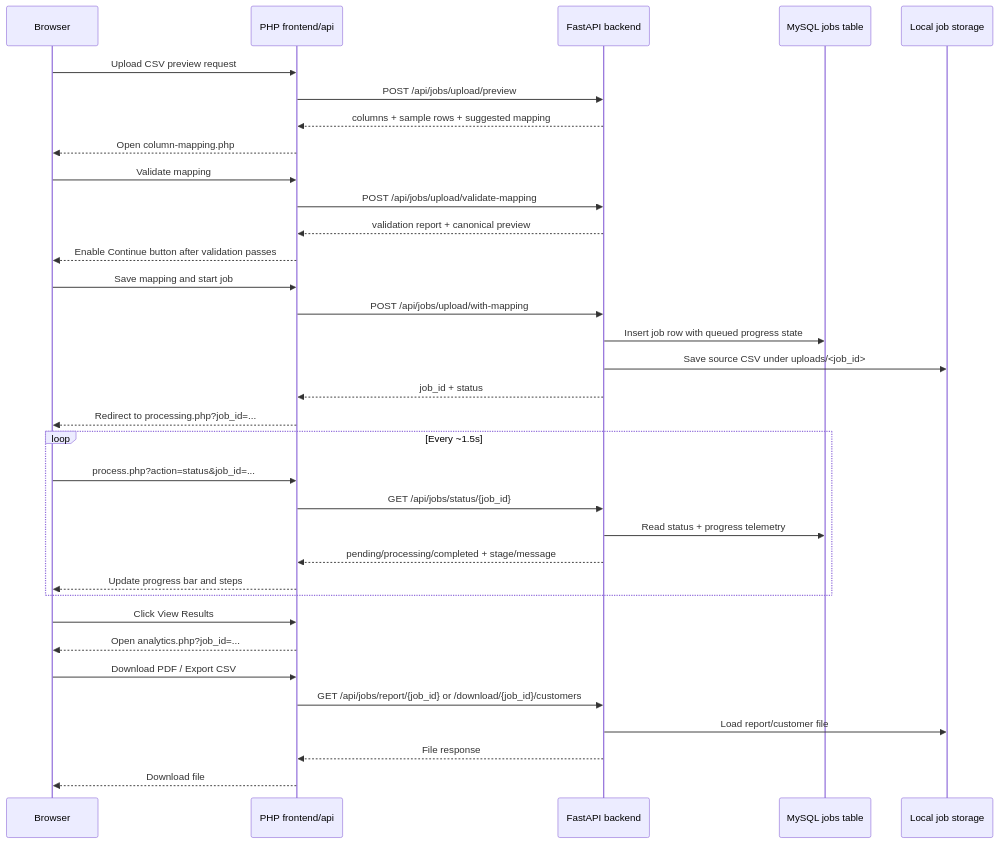
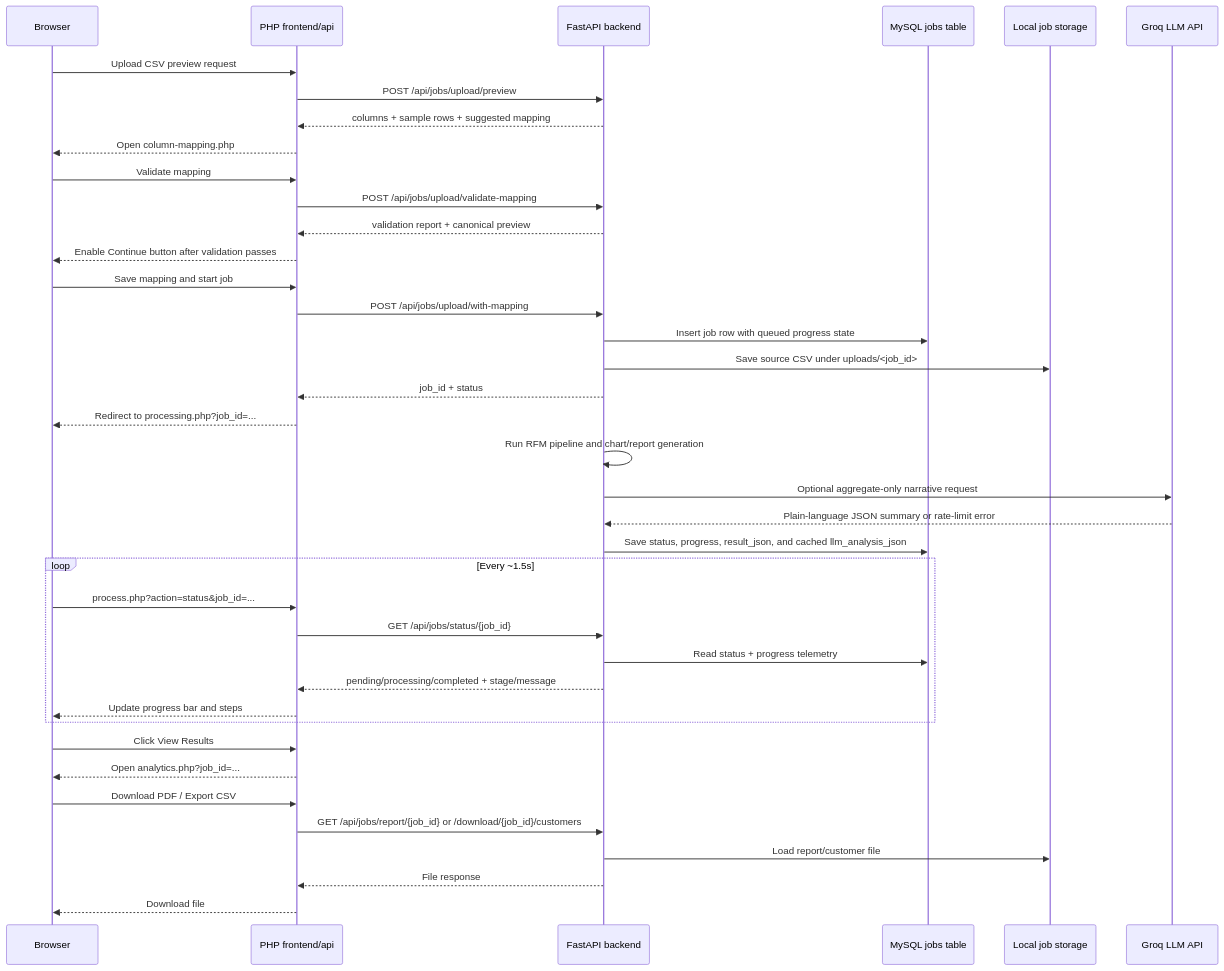
The ninth of 11 diagrams in customer360/docs/CAPSTONE_CURRENT_SYSTEM_ALIGNMENT_BY_CHAPTER.md (KikiOduro/Customer360), drawn with Mermaid before and after one commit. The commit also changed other lines of this file and 4 other files, not shown here.

````diff
--- a/customer360/docs/CAPSTONE_CURRENT_SYSTEM_ALIGNMENT_BY_CHAPTER.md
+++ b/customer360/docs/CAPSTONE_CURRENT_SYSTEM_ALIGNMENT_BY_CHAPTER.md
@@ -888,41 +897,47 @@
 ```mermaid
 sequenceDiagram
     participant B as Browser
     participant PHP as PHP frontend/api
     participant API as FastAPI backend
     participant DB as MySQL jobs table
     participant FS as Local job storage
+    participant G as Groq LLM API
 
     B->>PHP: Upload CSV preview request
     PHP->>API: POST /api/jobs/upload/preview
     API-->>PHP: columns + sample rows + suggested mapping
     PHP-->>B: Open column-mapping.php
 
     B->>PHP: Validate mapping
     PHP->>API: POST /api/jobs/upload/validate-mapping
     API-->>PHP: validation report + canonical preview
     PHP-->>B: Enable Continue button after validation passes
 
     B->>PHP: Save mapping and start job
     PHP->>API: POST /api/jobs/upload/with-mapping
     API->>DB: Insert job row with queued progress state
     API->>FS: Save source CSV under uploads/<job_id>
     API-->>PHP: job_id + status
     PHP-->>B: Redirect to processing.php?job_id=...
 
+    API->>API: Run RFM pipeline and chart/report generation
+    API->>G: Optional aggregate-only narrative request
+    G-->>API: Plain-language JSON summary or rate-limit error
+    API->>DB: Save status, progress, result_json, and cached llm_analysis_json
+
     loop Every ~1.5s
         B->>PHP: process.php?action=status&job_id=...
         PHP->>API: GET /api/jobs/status/{job_id}
         API->>DB: Read status + progress telemetry
         API-->>PHP: pending/processing/completed + stage/message
         PHP-->>B: Update progress bar and steps
     end
 
     B->>PHP: Click View Results
     PHP-->>B: Open analytics.php?job_id=...
     B->>PHP: Download PDF / Export CSV
     PHP->>API: GET /api/jobs/report/{job_id} or /download/{job_id}/customers
     API->>FS: Load report/customer file
     API-->>PHP: File response
     PHP-->>B: Download file
 ```
````
